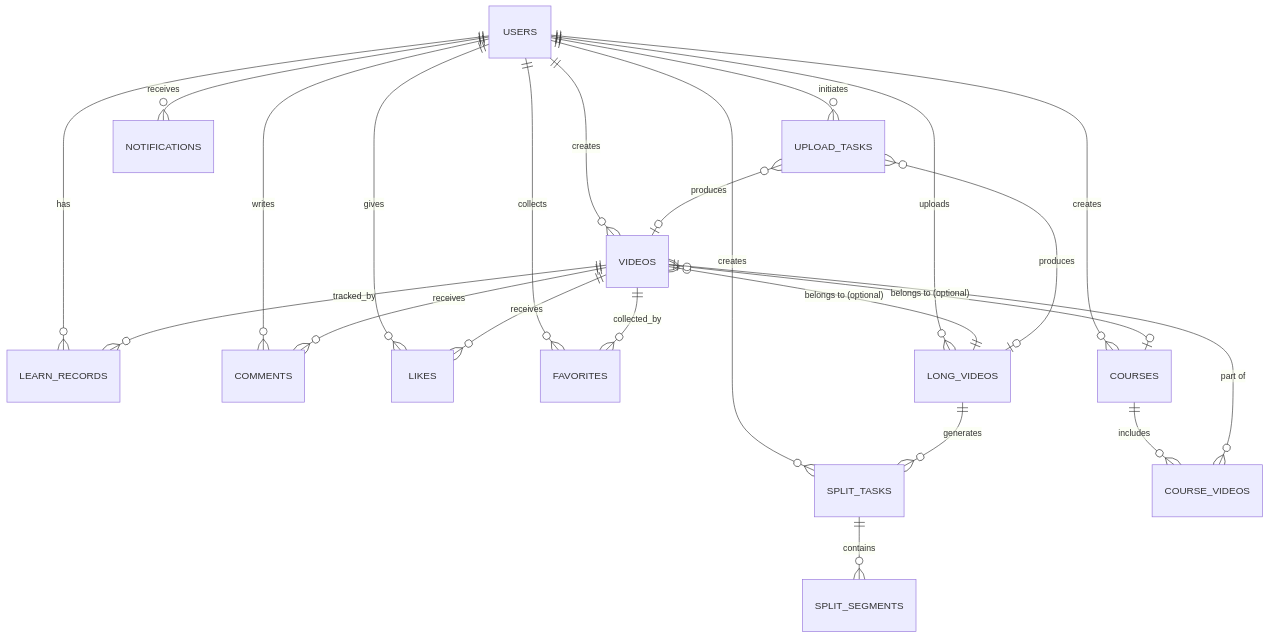
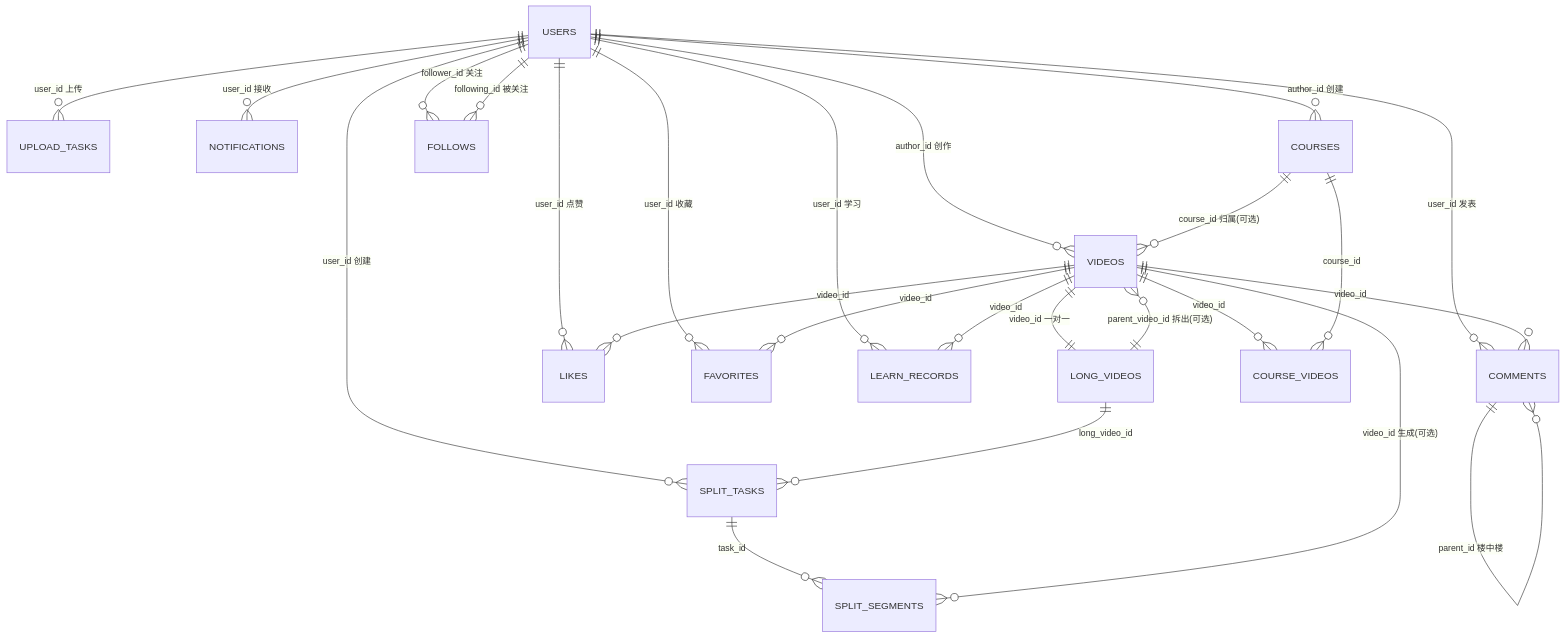
The diagram in backend/docs/数据库设计文档.md (kuKie0427/short-video-learning-platform), drawn with Mermaid before and after one commit. The commit also changed other lines of this file and 2 other files, not shown here.

````diff
--- a/backend/docs/数据库设计文档.md
+++ b/backend/docs/数据库设计文档.md
@@ -28,30 +54,32 @@
 ```mermaid
 erDiagram
-    USERS ||--o{ VIDEOS : creates
-    USERS ||--o{ LEARN_RECORDS : has
-    USERS ||--o{ COMMENTS : writes
-    USERS ||--o{ LIKES : gives
-    USERS ||--o{ FAVORITES : collects
-    USERS ||--o{ UPLOAD_TASKS : initiates
-    USERS ||--o{ LONG_VIDEOS : uploads
-    USERS ||--o{ SPLIT_TASKS : creates
-    USERS ||--o{ COURSES : creates
-    
-    VIDEOS ||--o{ LEARN_RECORDS : tracked_by
-    VIDEOS ||--o{ COMMENTS : receives
-    VIDEOS ||--o{ LIKES : receives
-    VIDEOS ||--o{ FAVORITES : collected_by
-    VIDEOS }o--|| LONG_VIDEOS : "belongs to (optional)"
-    VIDEOS }o--o| COURSES : "belongs to (optional)"
-    
-    LONG_VIDEOS ||--o{ SPLIT_TASKS : generates
-    SPLIT_TASKS ||--o{ SPLIT_SEGMENTS : contains
-    
-    COURSES ||--o{ COURSE_VIDEOS : includes
-    VIDEOS ||--o{ COURSE_VIDEOS : "part of"
-    
-    UPLOAD_TASKS }o--o| VIDEOS : produces
-    UPLOAD_TASKS }o--o| LONG_VIDEOS : produces
-    
-    USERS ||--o{ NOTIFICATIONS : receives
+    USERS ||--o{ VIDEOS : "author_id 创作"
+    USERS ||--o{ COMMENTS : "user_id 发表"
+    USERS ||--o{ LIKES : "user_id 点赞"
+    USERS ||--o{ FAVORITES : "user_id 收藏"
+    USERS ||--o{ LEARN_RECORDS : "user_id 学习"
+    USERS ||--o{ UPLOAD_TASKS : "user_id 上传"
+    USERS ||--o{ NOTIFICATIONS : "user_id 接收"
+    USERS ||--o{ SPLIT_TASKS : "user_id 创建"
+    USERS ||--o{ COURSES : "author_id 创建"
+    USERS ||--o{ FOLLOWS : "follower_id 关注"
+    USERS ||--o{ FOLLOWS : "following_id 被关注"
+
+    VIDEOS ||--|| LONG_VIDEOS : "video_id 一对一"
+    VIDEOS ||--o{ LEARN_RECORDS : "video_id"
+    VIDEOS ||--o{ COMMENTS : "video_id"
+    VIDEOS ||--o{ LIKES : "video_id"
+    VIDEOS ||--o{ FAVORITES : "video_id"
+    VIDEOS ||--o{ COURSE_VIDEOS : "video_id"
+
+    LONG_VIDEOS ||--o{ VIDEOS : "parent_video_id 拆出(可选)"
+    LONG_VIDEOS ||--o{ SPLIT_TASKS : "long_video_id"
+
+    COURSES ||--o{ VIDEOS : "course_id 归属(可选)"
+    COURSES ||--o{ COURSE_VIDEOS : "course_id"
+
+    SPLIT_TASKS ||--o{ SPLIT_SEGMENTS : "task_id"
+    VIDEOS ||--o{ SPLIT_SEGMENTS : "video_id 生成(可选)"
+
+    COMMENTS ||--o{ COMMENTS : "parent_id 楼中楼"
 ```
````
